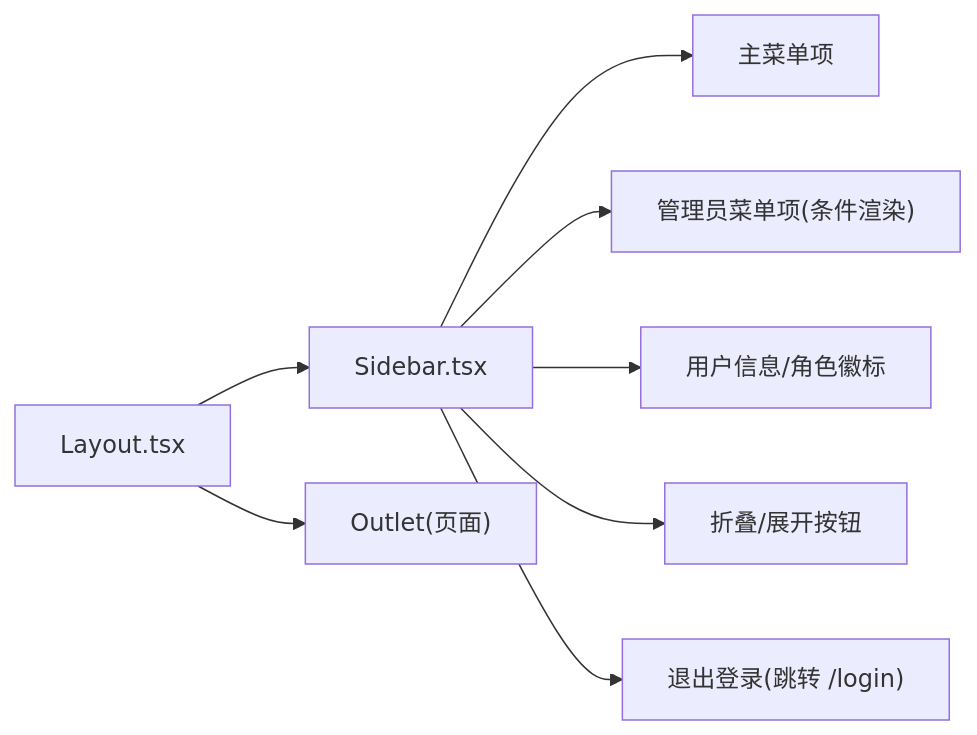
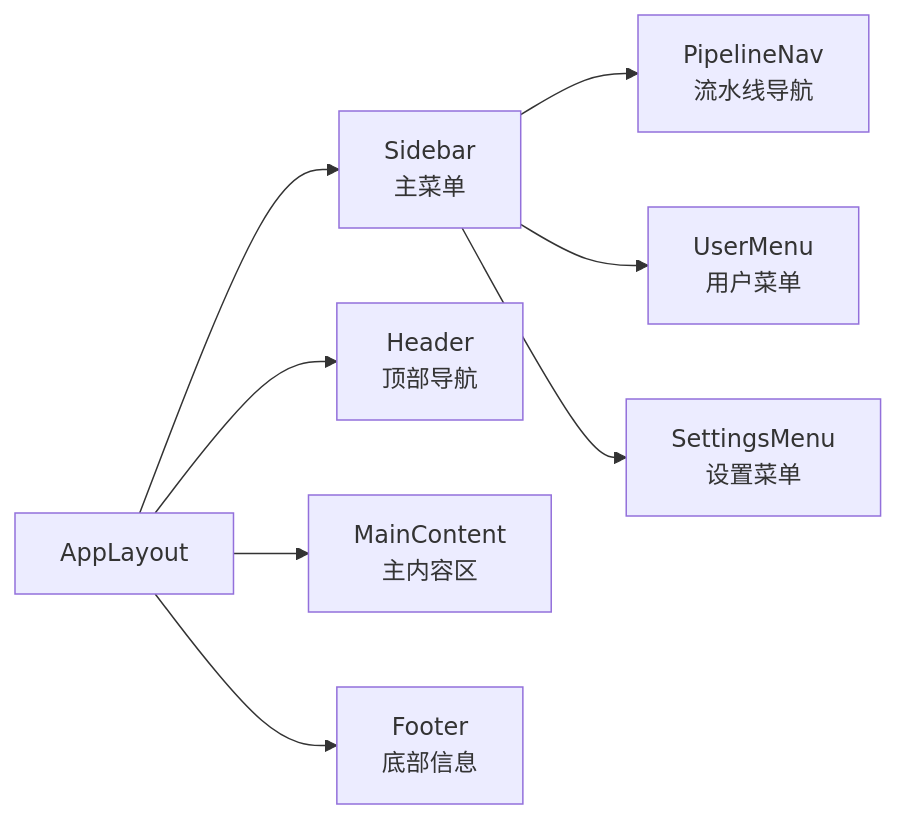
The third of 6 diagrams in .qoder/repowiki/zh/content/前端应用架构/路由与导航.md (angledick/-), drawn with Mermaid before and after one commit. The commit also changed other lines of this file and 770 other files, not shown here.

````diff
--- a/.qoder/repowiki/zh/content/前端应用架构/路由与导航.md
+++ b/.qoder/repowiki/zh/content/前端应用架构/路由与导航.md
@@ -140,10 +138,10 @@
 ```mermaid
 graph LR
-L["Layout.tsx"] --> S["Sidebar.tsx"]
-L --> O["Outlet(页面)"]
-S --> M1["主菜单项"]
-S --> M2["管理员菜单项(条件渲染)"]
-S --> U["用户信息/角色徽标"]
-S --> T["折叠/展开按钮"]
-S --> Q["退出登录(跳转 /login)"]
+A["AppLayout"] --> B["Sidebar<br/>主菜单"]
+A --> C["Header<br/>顶部导航"]
+A --> D["MainContent<br/>主内容区"]
+A --> E["Footer<br/>底部信息"]
+B --> F["PipelineNav<br/>流水线导航"]
+B --> G["UserMenu<br/>用户菜单"]
+B --> H["SettingsMenu<br/>设置菜单"]
 ```
````
